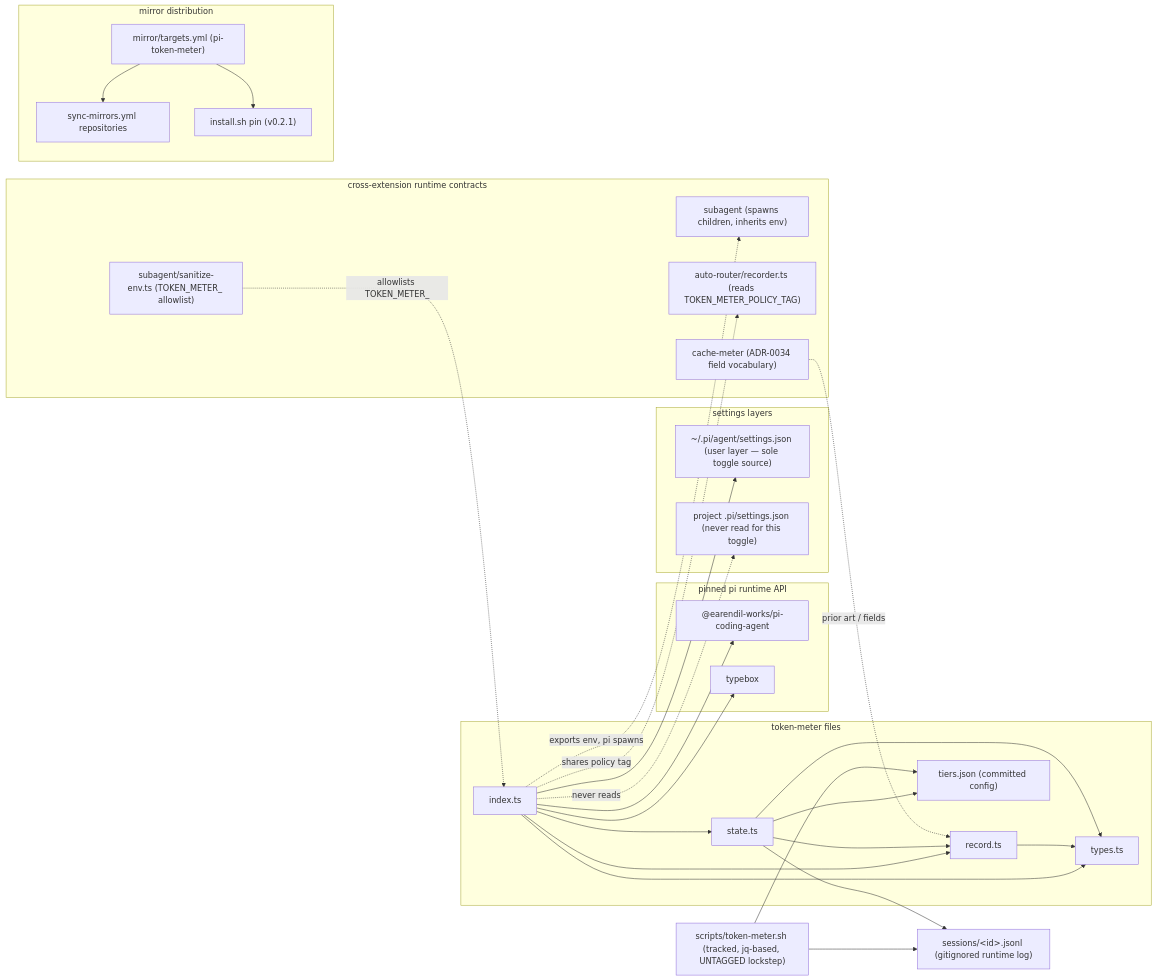
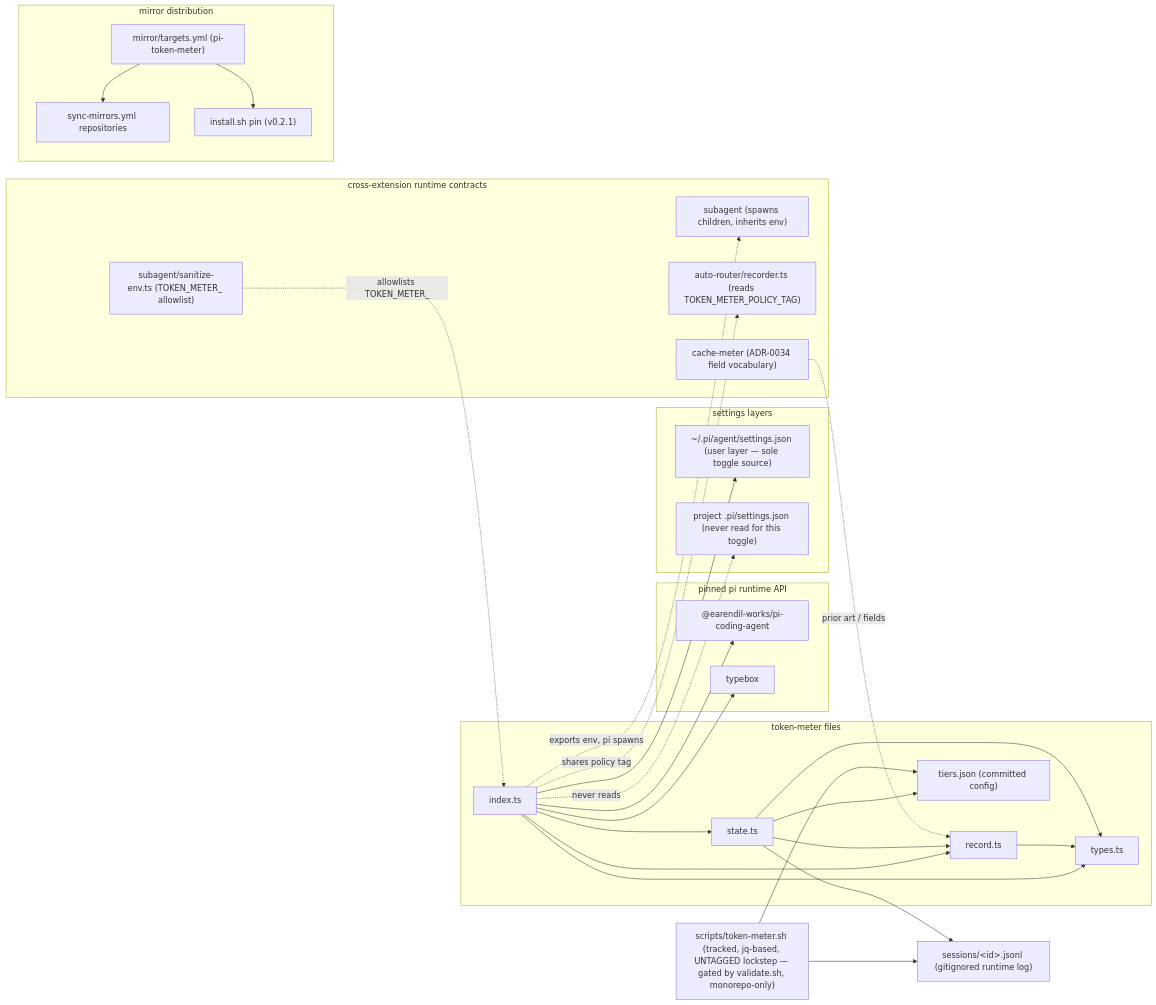
The third of 3 diagrams in README.md (psmfd/pi-token-meter), drawn with Mermaid before and after one commit. The commit also changed other lines of this file and 3 other files, not shown here.

````diff
--- a/README.md
+++ b/README.md
@@ -171,58 +171,58 @@
 ```mermaid
 flowchart LR
     subgraph EXT["token-meter files"]
         IDX["index.ts"]
         REC["record.ts"]
         ST["state.ts"]
         TY["types.ts"]
         TJ["tiers.json (committed config)"]
     end
 
     subgraph PIAPI["pinned pi runtime API"]
         EA["@earendil-works/pi-coding-agent"]
         TB["typebox"]
     end
 
     subgraph SETTINGS["settings layers"]
         US["~/.pi/agent/settings.json (user layer — sole toggle source)"]
         PJ["project .pi/settings.json (never read for this toggle)"]
     end
 
     LOG["sessions/&lt;id&gt;.jsonl (gitignored runtime log)"]
 
     subgraph CROSSEXT["cross-extension runtime contracts"]
         SUBAGENT["subagent (spawns children, inherits env)"]
         SANITIZE["subagent/sanitize-env.ts (TOKEN_METER_ allowlist)"]
         AR["auto-router/recorder.ts (reads TOKEN_METER_POLICY_TAG)"]
         CM["cache-meter (ADR-0034 field vocabulary)"]
     end
 
-    CLISH["scripts/token-meter.sh (tracked, jq-based, UNTAGGED lockstep)"]
+    CLISH["scripts/token-meter.sh (tracked, jq-based, UNTAGGED lockstep — gated by validate.sh, monorepo-only)"]
 
     subgraph MIRROR["mirror distribution"]
         TARGETS["mirror/targets.yml (pi-token-meter)"]
         SYNC["sync-mirrors.yml repositories"]
         INSTALLPIN["install.sh pin (v0.2.1)"]
     end
 
     IDX --> REC
     IDX --> ST
     IDX --> TY
     REC --> TY
     ST --> REC
     ST --> TY
     ST --> TJ
     IDX --> EA
     IDX --> TB
     IDX --> US
     IDX -.->|never reads| PJ
     ST --> LOG
     CLISH --> LOG
     CLISH --> TJ
     IDX -.->|exports env, pi spawns| SUBAGENT
     SANITIZE -.->|allowlists TOKEN_METER_| IDX
     IDX -.->|shares policy tag| AR
     CM -.->|prior art / fields| REC
     TARGETS --> SYNC
     TARGETS --> INSTALLPIN
 ```
````
